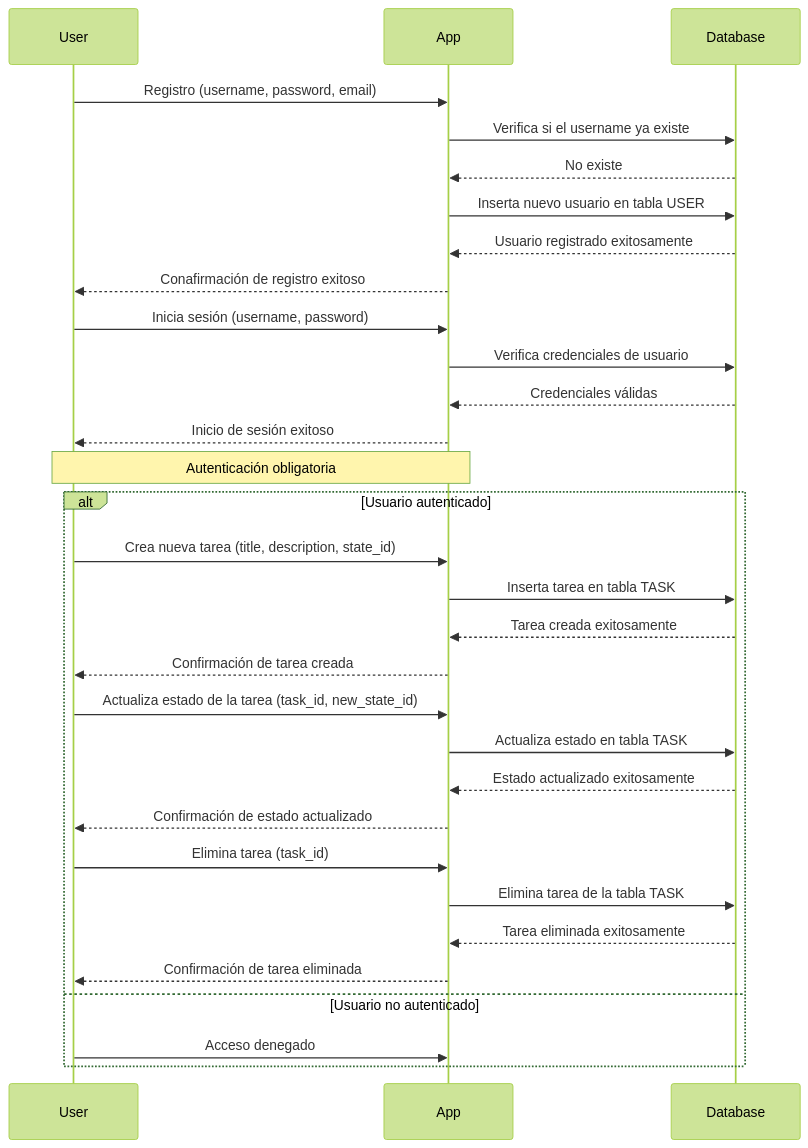
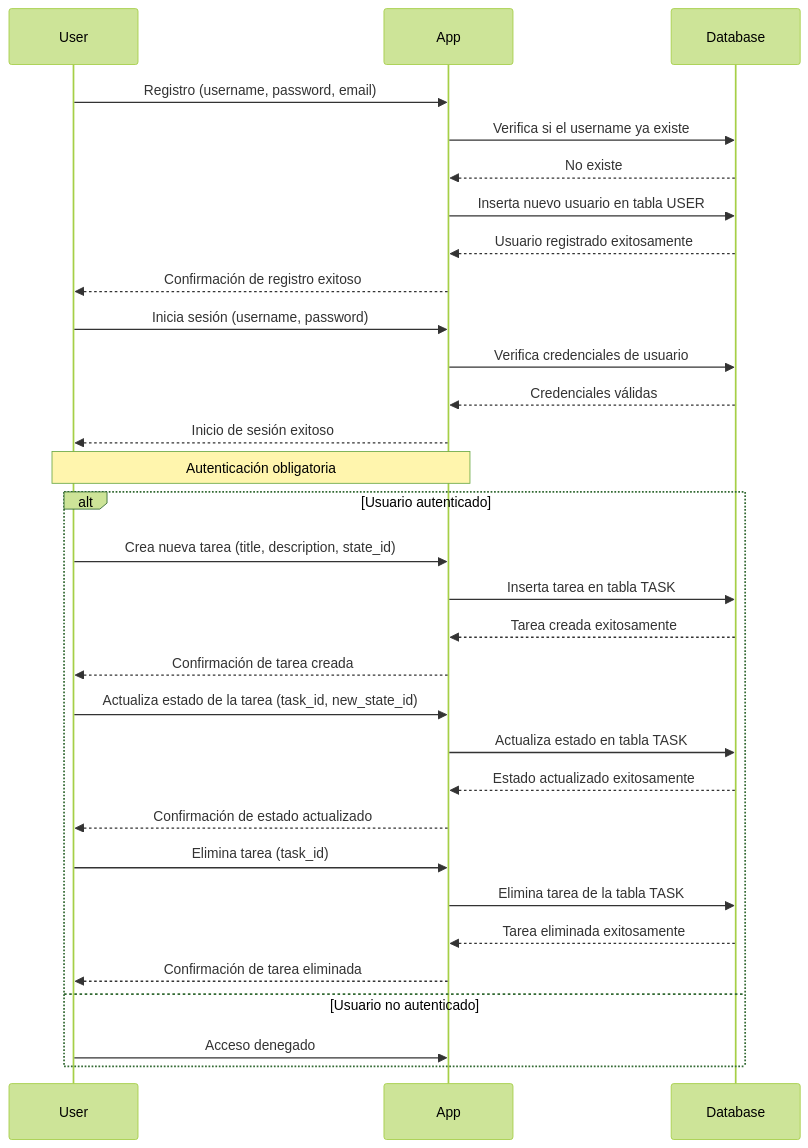
The second of 2 diagrams in task-manager/Readme.md (ivaniuss/collaborative-projects), drawn with Mermaid (forest theme) before and after one commit.

Commit message:
main readme added

````diff
--- a/task-manager/Readme.md
+++ b/task-manager/Readme.md
@@ -46,39 +46,39 @@
 ```mermaid
 sequenceDiagram
     participant User
     participant App
     participant Database
 
     User ->> App: Registro (username, password, email)
     App ->> Database: Verifica si el username ya existe
     Database -->> App: No existe
     App ->> Database: Inserta nuevo usuario en tabla USER
     Database -->> App: Usuario registrado exitosamente
-    App -->> User: Conafirmación de registro exitoso
+    App -->> User: Confirmación de registro exitoso
 
     User ->> App: Inicia sesión (username, password)
     App ->> Database: Verifica credenciales de usuario
     Database -->> App: Credenciales válidas
     App -->> User: Inicio de sesión exitoso
 
     Note over User,App: Autenticación obligatoria
 
     alt Usuario autenticado
         User ->> App: Crea nueva tarea (title, description, state_id)
         App ->> Database: Inserta tarea en tabla TASK
         Database -->> App: Tarea creada exitosamente
         App -->> User: Confirmación de tarea creada
 
         User ->> App: Actualiza estado de la tarea (task_id, new_state_id)
         App ->> Database: Actualiza estado en tabla TASK
         Database -->> App: Estado actualizado exitosamente
         App -->> User: Confirmación de estado actualizado
 
         User ->> App: Elimina tarea (task_id)
         App ->> Database: Elimina tarea de la tabla TASK
         Database -->> App: Tarea eliminada exitosamente
         App -->> User: Confirmación de tarea eliminada
     else Usuario no autenticado
         User ->> App: Acceso denegado
     end
 ```
````
